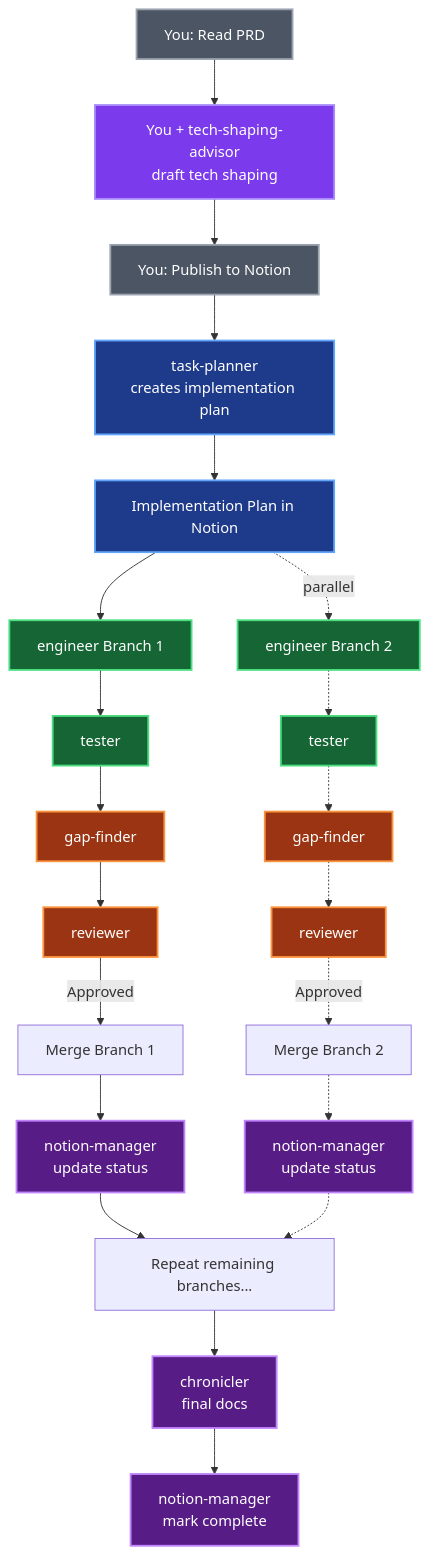
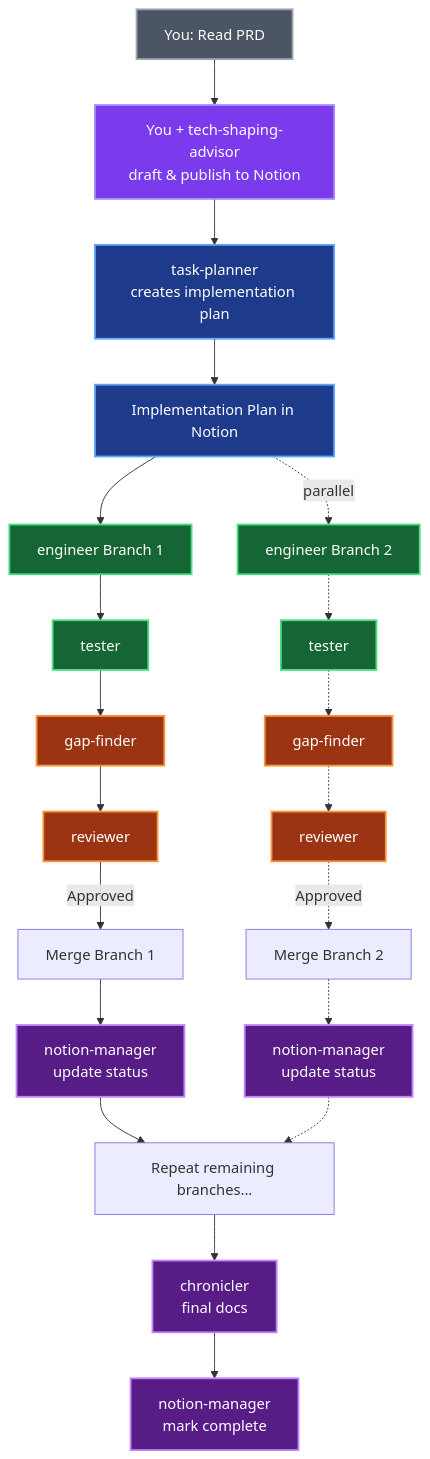
The diagram in README.md (andymai/claude-agent-team), drawn with Mermaid before and after one commit. The commit also changed other lines of this file, not shown here.

Commit message:
tech-shaping-advisor publishes to Notion automatically
- Changed 'You publish' to 'AI publishes' in workflow example
- Updated diagram: removed separate 'You: Publish to Notion' node
- Consolidated to 'draft & publish to Notion' in collaborative node
- Fixed diagram node references after removal

````diff
--- a/README.md
+++ b/README.md
@@ -99,45 +99,44 @@
 ```mermaid
 graph TD
-    A[You: Read PRD] --> B[You + tech-shaping-advisor<br/>draft tech shaping]
-    B --> C[You: Publish to Notion]
-    C --> D[task-planner<br/>creates implementation plan]
-    D --> E[Implementation Plan in Notion]
+    A[You: Read PRD] --> B[You + tech-shaping-advisor<br/>draft & publish to Notion]
+    B --> C[task-planner<br/>creates implementation plan]
+    C --> D[Implementation Plan in Notion]
 
-    E --> F[engineer Branch 1]
-    E -.->|parallel| G[engineer Branch 2]
+    D --> E[engineer Branch 1]
+    D -.->|parallel| F[engineer Branch 2]
 
-    F --> H[tester]
-    G -.-> I[tester]
+    E --> G[tester]
+    F -.-> H[tester]
 
-    H --> J[gap-finder]
-    I -.-> K[gap-finder]
+    G --> I[gap-finder]
+    H -.-> J[gap-finder]
 
-    J --> L[reviewer]
-    K -.-> M[reviewer]
+    I --> K[reviewer]
+    J -.-> L[reviewer]
 
-    L -->|Approved| N[Merge Branch 1]
-    M -.->|Approved| O[Merge Branch 2]
+    K -->|Approved| M[Merge Branch 1]
+    L -.->|Approved| N[Merge Branch 2]
 
-    N --> P[notion-manager<br/>update status]
-    O -.-> Q[notion-manager<br/>update status]
+    M --> O[notion-manager<br/>update status]
+    N -.-> P[notion-manager<br/>update status]
 
-    P --> R[Repeat remaining branches...]
-    Q -.-> R
+    O --> Q[Repeat remaining branches...]
+    P -.-> Q
 
-    R --> S[chronicler<br/>final docs]
-    S --> T[notion-manager<br/>mark complete]
+    Q --> R[chronicler<br/>final docs]
+    R --> S[notion-manager<br/>mark complete]
 
     classDef human fill:#4b5563,stroke:#9ca3af,stroke-width:2px,color:#fff
     classDef collaborative fill:#7c3aed,stroke:#a78bfa,stroke-width:2px,color:#fff
     classDef planning fill:#1e3a8a,stroke:#60a5fa,stroke-width:2px,color:#fff
     classDef implementing fill:#166534,stroke:#4ade80,stroke-width:2px,color:#fff
     classDef reviewing fill:#9a3412,stroke:#fb923c,stroke-width:2px,color:#fff
     classDef documenting fill:#581c87,stroke:#c084fc,stroke-width:2px,color:#fff
 
-    class A,C human
+    class A human
     class B collaborative
-    class D,E planning
-    class F,G,H,I implementing
-    class J,K,L,M reviewing
-    class P,Q,S,T documenting
+    class C,D planning
+    class E,F,G,H implementing
+    class I,J,K,L reviewing
+    class O,P,R,S documenting
 ```
````
